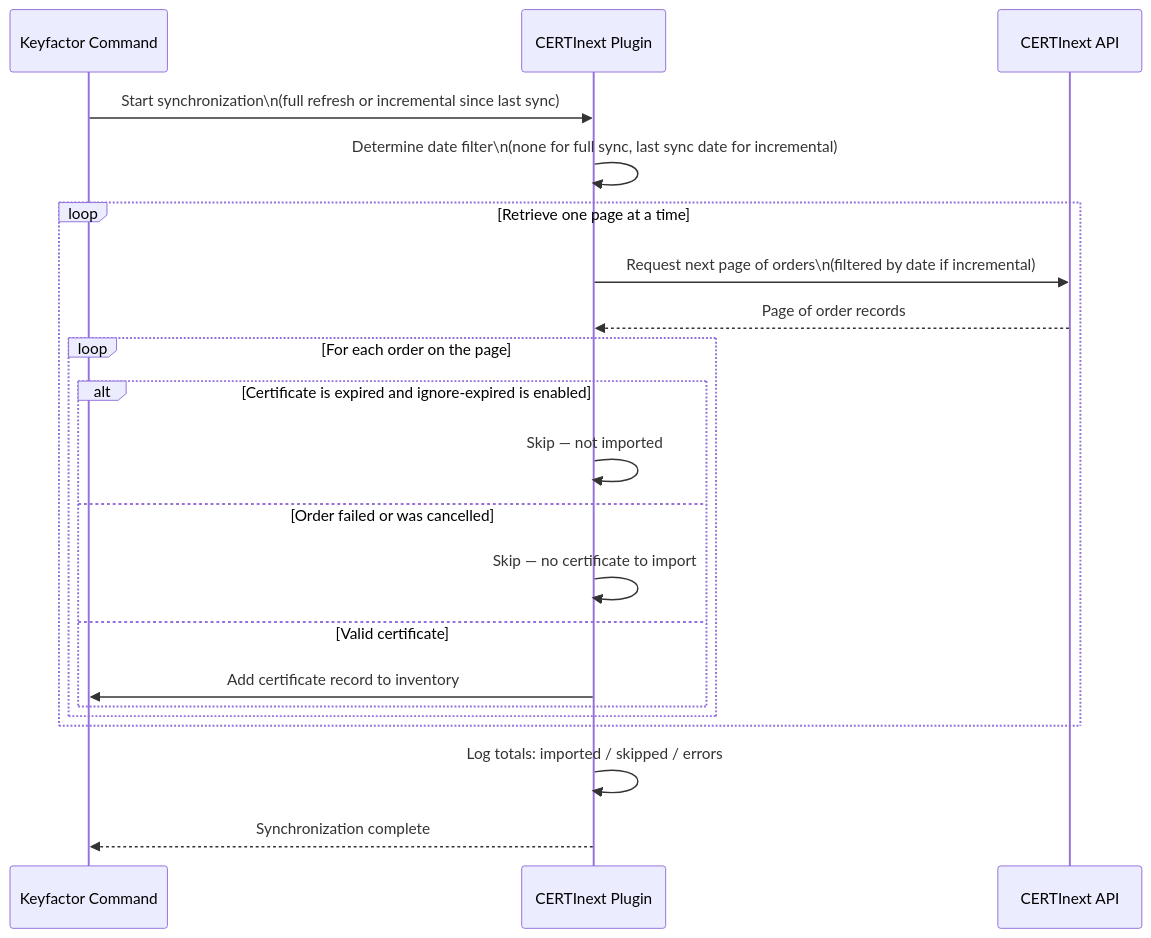
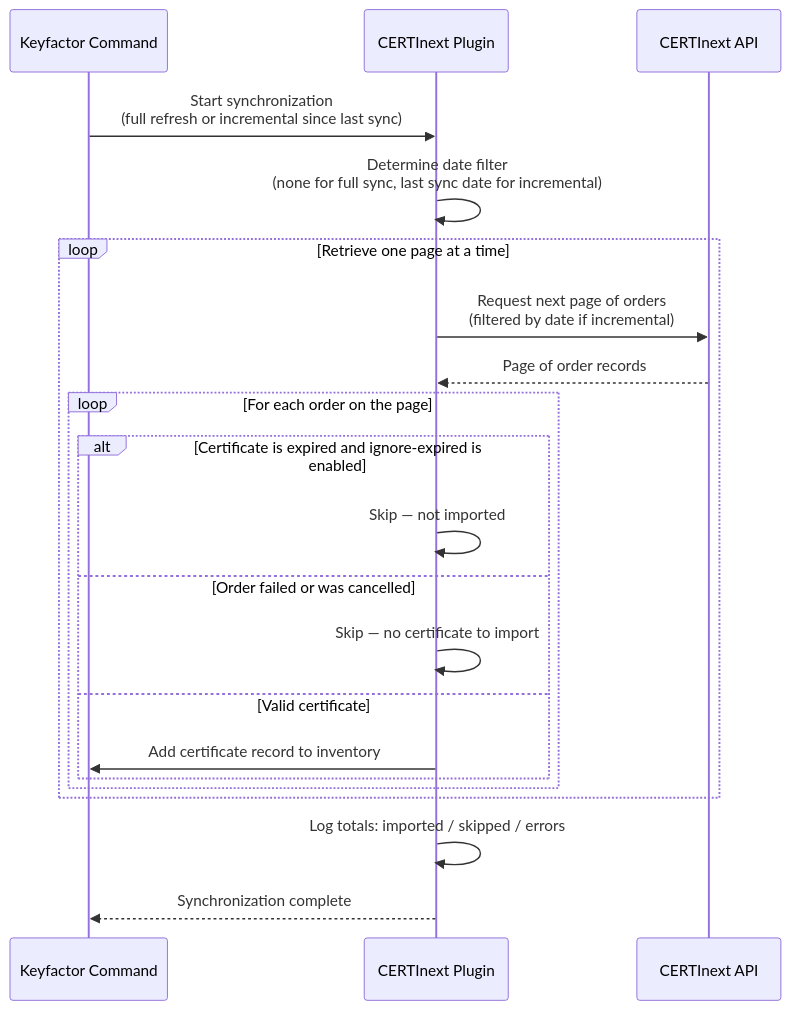
Before and after one commit to Keyfactor/certinext-caplugin: the second of 6 diagrams in README.md, drawn with Mermaid. The commit also changed other lines of this file and 1 other file, not shown here.

First line of the commit message:
docs: remove compliance claims and fix Mermaid diagram line breaks (#12)

````diff
--- a/README.md
+++ b/README.md
@@ -424,27 +424,27 @@
 ```mermaid
 sequenceDiagram
     participant CMD as Keyfactor Command
     participant Plugin as CERTInext Plugin
     participant API as CERTInext API
 
-    CMD->>Plugin: Start synchronization\n(full refresh or incremental since last sync)
-    Plugin->>Plugin: Determine date filter\n(none for full sync, last sync date for incremental)
+    CMD->>Plugin: Start synchronization<br/>(full refresh or incremental since last sync)
+    Plugin->>Plugin: Determine date filter<br/>(none for full sync, last sync date for incremental)
 
     loop Retrieve one page at a time
-        Plugin->>API: Request next page of orders\n(filtered by date if incremental)
+        Plugin->>API: Request next page of orders<br/>(filtered by date if incremental)
         API-->>Plugin: Page of order records
 
         loop For each order on the page
             alt Certificate is expired and ignore-expired is enabled
                 Plugin->>Plugin: Skip — not imported
             else Order failed or was cancelled
                 Plugin->>Plugin: Skip — no certificate to import
             else Valid certificate
                 Plugin->>CMD: Add certificate record to inventory
             end
         end
     end
 
     Plugin->>Plugin: Log totals: imported / skipped / errors
     Plugin-->>CMD: Synchronization complete
 ```
````
